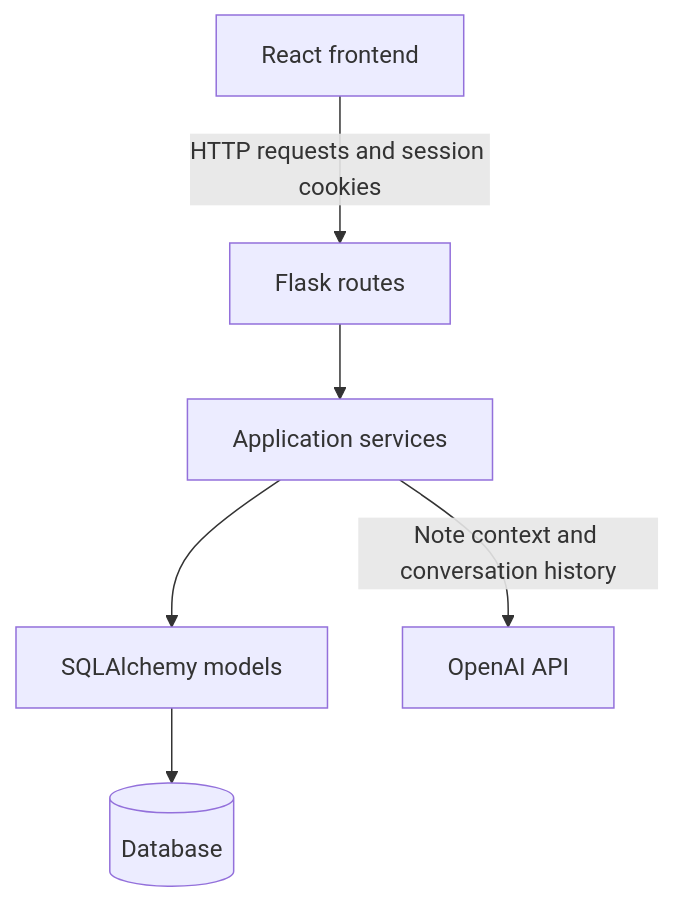
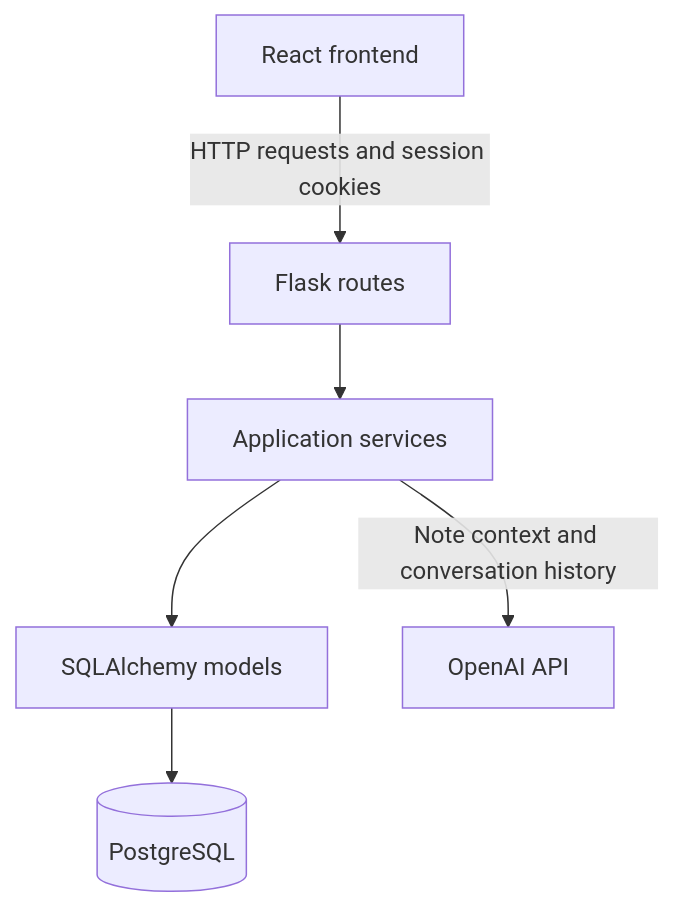
One commit to gzxfy/AI-Study-Hub changed the diagram in README.md. Above: the diagram before and after it, drawn with Mermaid. The commit also changed other lines of this file, not shown here.

````diff
--- a/README.md
+++ b/README.md
@@ -40,8 +41,8 @@
 ```mermaid
 flowchart TD
     React[React frontend] -->|HTTP requests and session cookies| Routes[Flask routes]
     Routes --> Services[Application services]
     Services --> Models[SQLAlchemy models]
-    Models --> Database[(Database)]
+    Models --> Database[(PostgreSQL)]
     Services -->|Note context and conversation history| OpenAI[OpenAI API]
 ```
````
